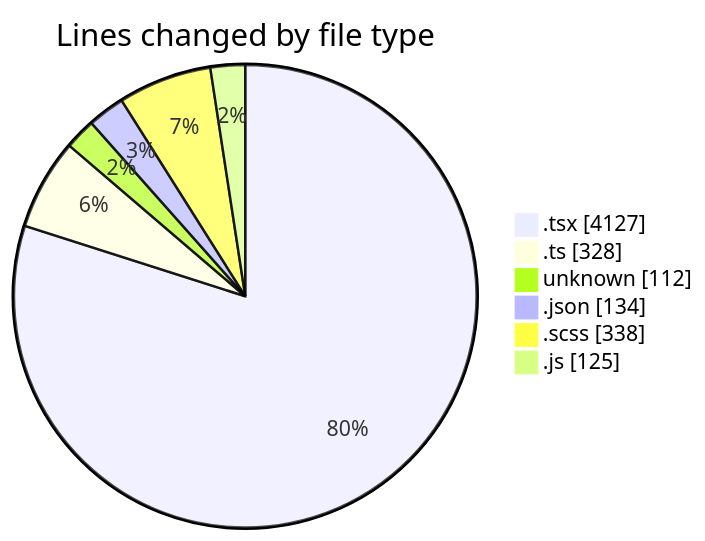
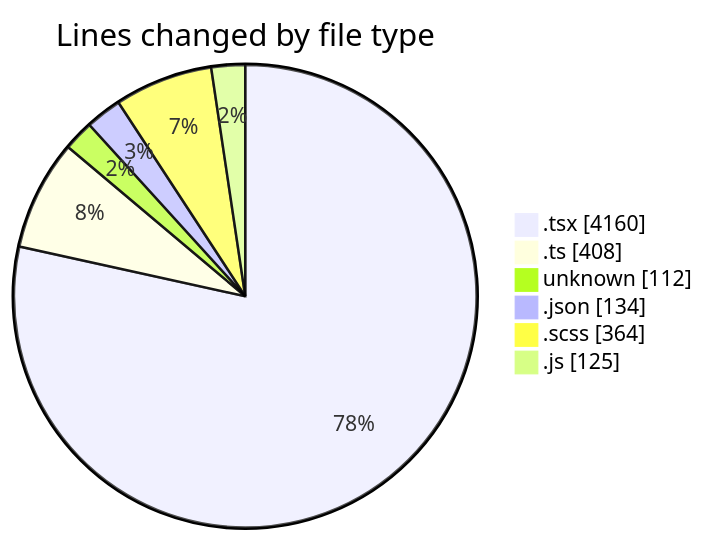
Before and after one commit to momahboobian/code-tracking: the first of 2 diagrams in 2026-04-28/cda/README.md, drawn with Mermaid. The commit also changed other lines of this file and 1 other file, not shown here.

````diff
--- a/2026-04-28/cda/README.md
+++ b/2026-04-28/cda/README.md
@@ -63,10 +67,10 @@
 ```mermaid
 pie showData
 title Lines changed by file type
-".tsx" : 4127
-".ts" : 328
+".tsx" : 4160
+".ts" : 408
 "unknown" : 112
 ".json" : 134
-".scss" : 338
+".scss" : 364
 ".js" : 125
 ```
````
